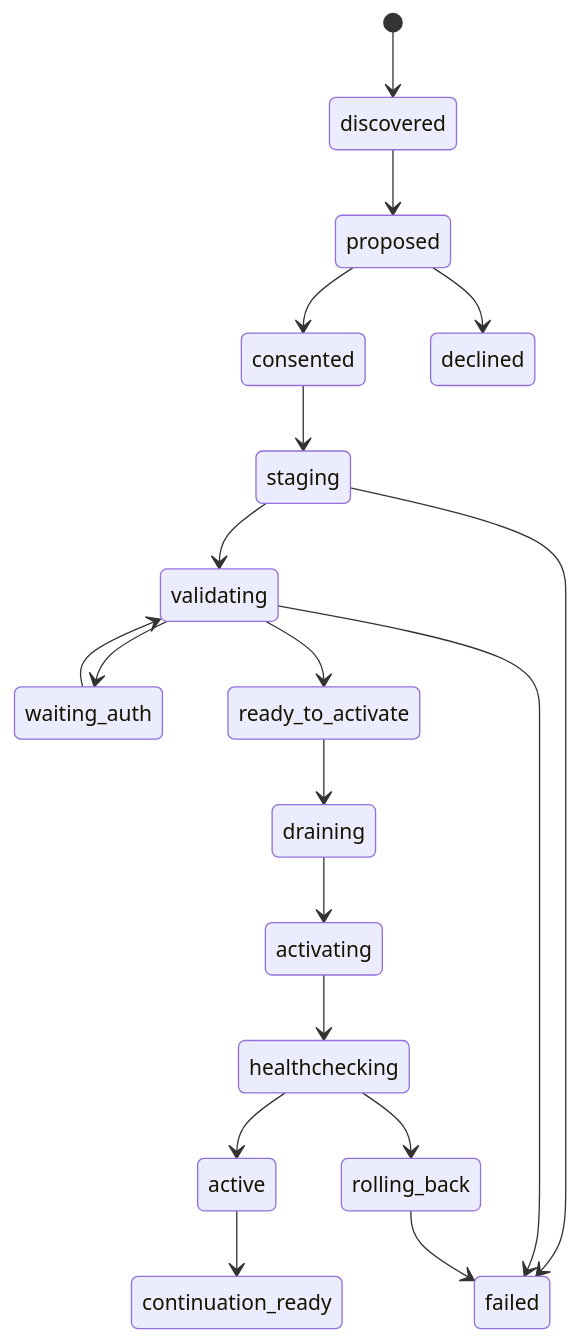
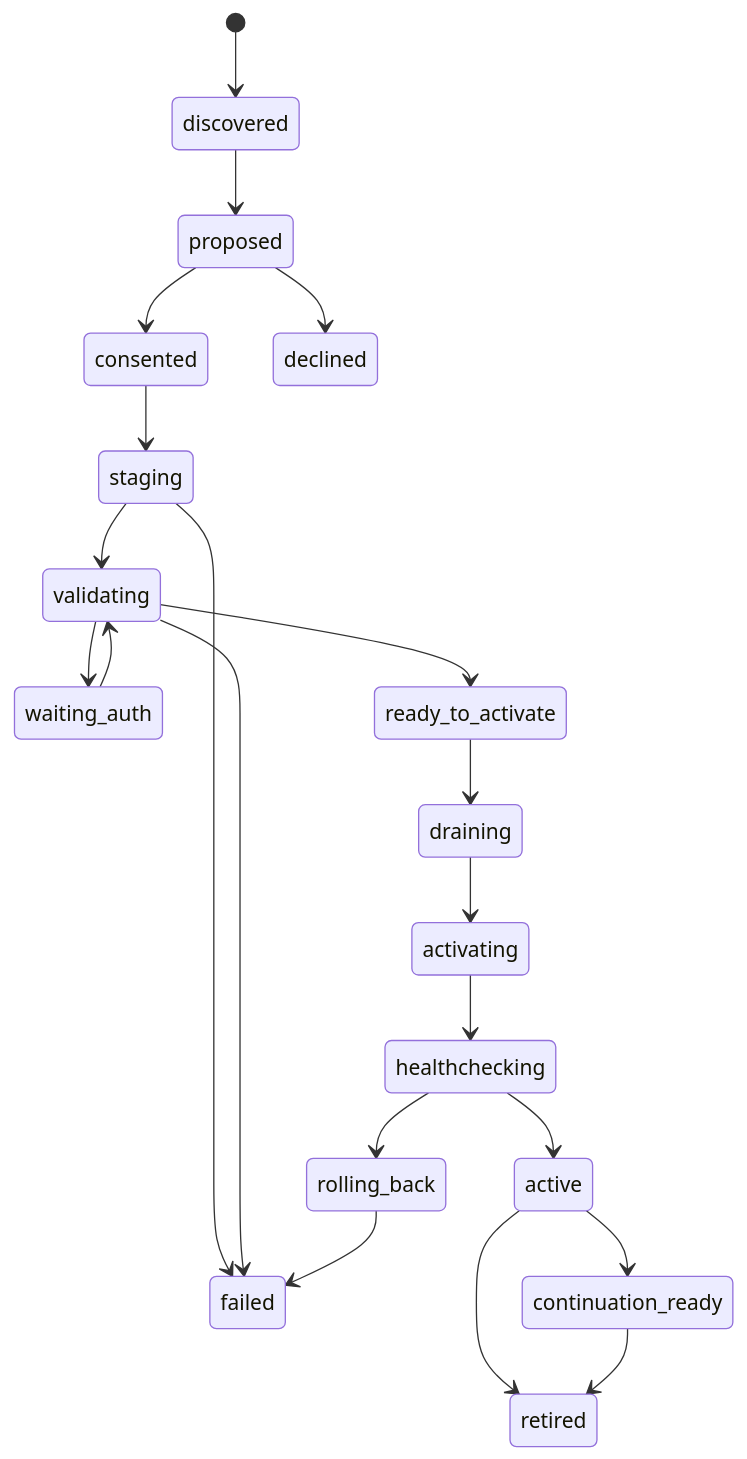
The diagram in docs/integration-onboarding.md (digitopvn/clarkcant), drawn with Mermaid before and after one commit. The commit also changed other lines of this file and 11 other files, not shown here.

````diff
--- a/docs/integration-onboarding.md
+++ b/docs/integration-onboarding.md
@@ -41,21 +41,23 @@
 ```mermaid
 stateDiagram-v2
   [*] --> discovered
   discovered --> proposed
   proposed --> consented
   proposed --> declined
   consented --> staging
   staging --> validating
   validating --> waiting_auth
   waiting_auth --> validating
   validating --> ready_to_activate
   ready_to_activate --> draining
   draining --> activating
   activating --> healthchecking
   healthchecking --> active
   healthchecking --> rolling_back
   staging --> failed
   validating --> failed
   rolling_back --> failed
   active --> continuation_ready
+  active --> retired
+  continuation_ready --> retired
 ```
````
